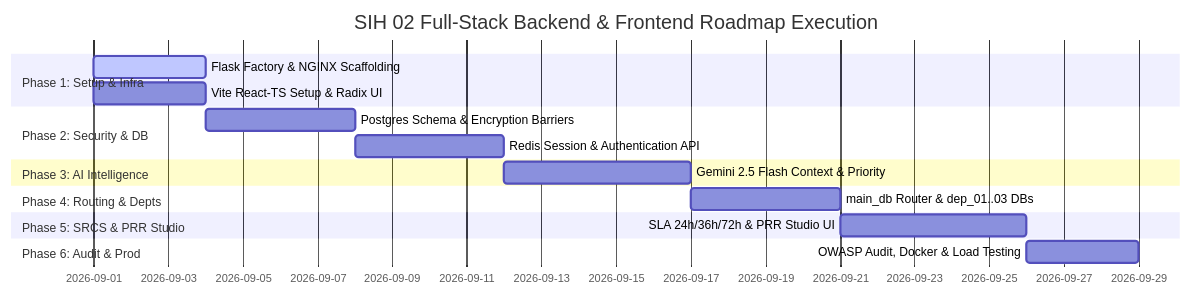
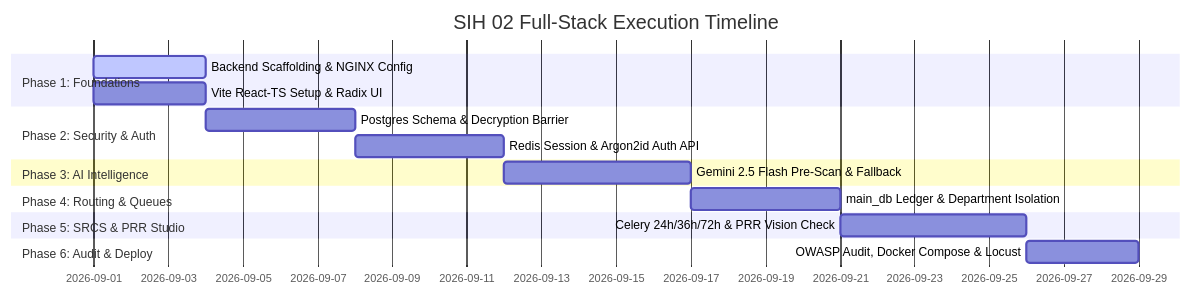
Before and after one commit to CSMU-CodeSync/SIH_02-: the second of 2 diagrams in docs/Phases.md, drawn with Mermaid. The commit also changed other lines of this file, not shown here.

Commit message:
docs: update docs/Phases.md with backend and frontend 6-phase development roadmap

````diff
--- a/docs/Phases.md
+++ b/docs/Phases.md
@@ -69,19 +67,19 @@
 ```mermaid
 gantt
-    title SIH 02 Full-Stack Backend & Frontend Roadmap Execution
+    title SIH 02 Full-Stack Execution Timeline
     dateFormat  YYYY-MM-DD
-    section Phase 1: Setup & Infra
-    Flask Factory & NGINX Scaffolding   :active, p1a, 2026-09-01, 3d
-    Vite React-TS Setup & Radix UI      :p1b, 2026-09-01, 3d
-    section Phase 2: Security & DB
-    Postgres Schema & Encryption Barriers: p2a, after p1a, 4d
-    Redis Session & Authentication API   : p2b, after p2a, 4d
+    section Phase 1: Foundations
+    Backend Scaffolding & NGINX Config     :active, p1a, 2026-09-01, 3d
+    Vite React-TS Setup & Radix UI         :p1b, 2026-09-01, 3d
+    section Phase 2: Security & Auth
+    Postgres Schema & Decryption Barrier   :p2a, after p1a, 4d
+    Redis Session & Argon2id Auth API      :p2b, after p2a, 4d
     section Phase 3: AI Intelligence
-    Gemini 2.5 Flash Context & Priority : p3, after p2b, 5d
-    section Phase 4: Routing & Depts
-    main_db Router & dep_01..03 DBs     : p4, after p3, 4d
+    Gemini 2.5 Flash Pre-Scan & Fallback   :p3, after p2b, 5d
+    section Phase 4: Routing & Queues
+    main_db Ledger & Department Isolation  :p4, after p3, 4d
     section Phase 5: SRCS & PRR Studio
-    SLA 24h/36h/72h & PRR Studio UI     : p5, after p4, 5d
-    section Phase 6: Audit & Prod
-    OWASP Audit, Docker & Load Testing   : p6, after p5, 3d
+    Celery 24h/36h/72h & PRR Vision Check   :p5, after p4, 5d
+    section Phase 6: Audit & Deploy
+    OWASP Audit, Docker Compose & Locust   :p6, after p5, 3d
 ```
````
